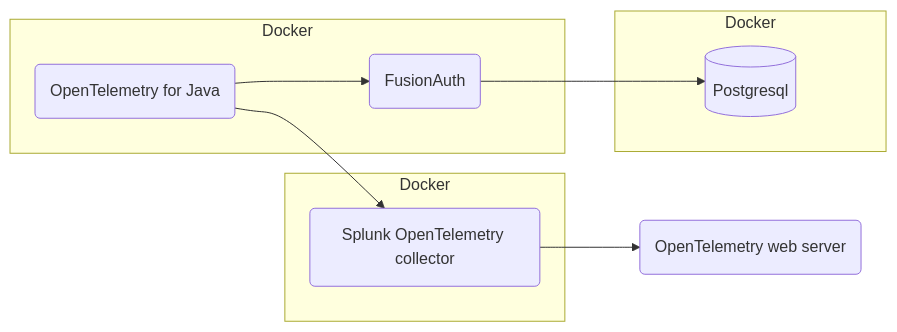
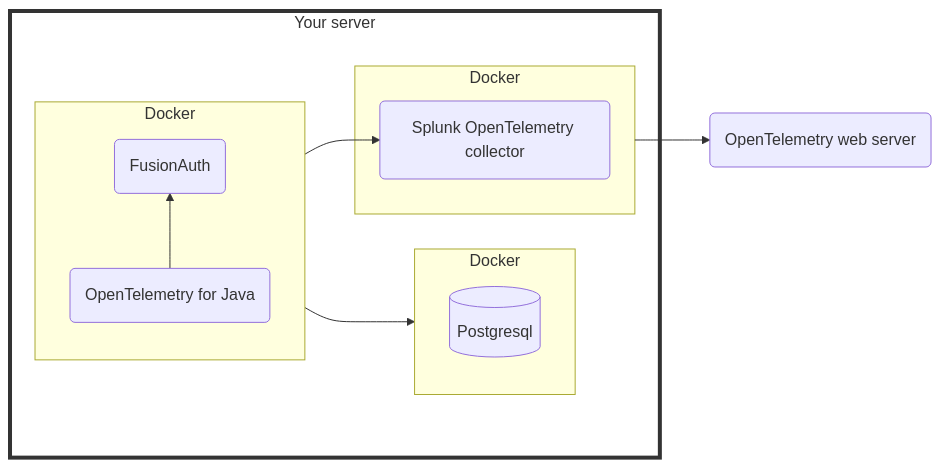
The first of 2 diagrams in astro/src/content/docs/operate/secure-and-monitor/splunk.mdx (FusionAuth/fusionauth-site), drawn with Mermaid before and after one commit. The commit also changed other lines of this file, not shown here.

Commit message:
otel diagram

````diff
--- a/astro/src/content/docs/operate/secure-and-monitor/splunk.mdx
+++ b/astro/src/content/docs/operate/secure-and-monitor/splunk.mdx
@@ -182,15 +184,19 @@
 ```mermaid
 graph LR
-  subgraph G[Docker]
-    H[(Postgresql)]
+  subgraph I[Your server]
+    subgraph G[Docker]
+      H[(Postgresql)]
+    end
+    subgraph C[Docker]
+      direction BT
+      D(OpenTelemetry for Java) --> A(FusionAuth)
+    end
+    subgraph E[Docker]
+      B(Splunk OpenTelemetry collector)
+    end
   end
-  subgraph C[Docker]
-    D(OpenTelemetry for Java) --> A(FusionAuth)
-  end
-  subgraph E[Docker]
-    B(Splunk OpenTelemetry collector)
-  end
-  A --> H
-  D --> B
-  B --> F(OpenTelemetry web server)
+  C --> G
+  C --> B
+  E --> F(OpenTelemetry web server)
+  style I fill:#0000,stroke:#333,stroke-width:4px
 ```
````
